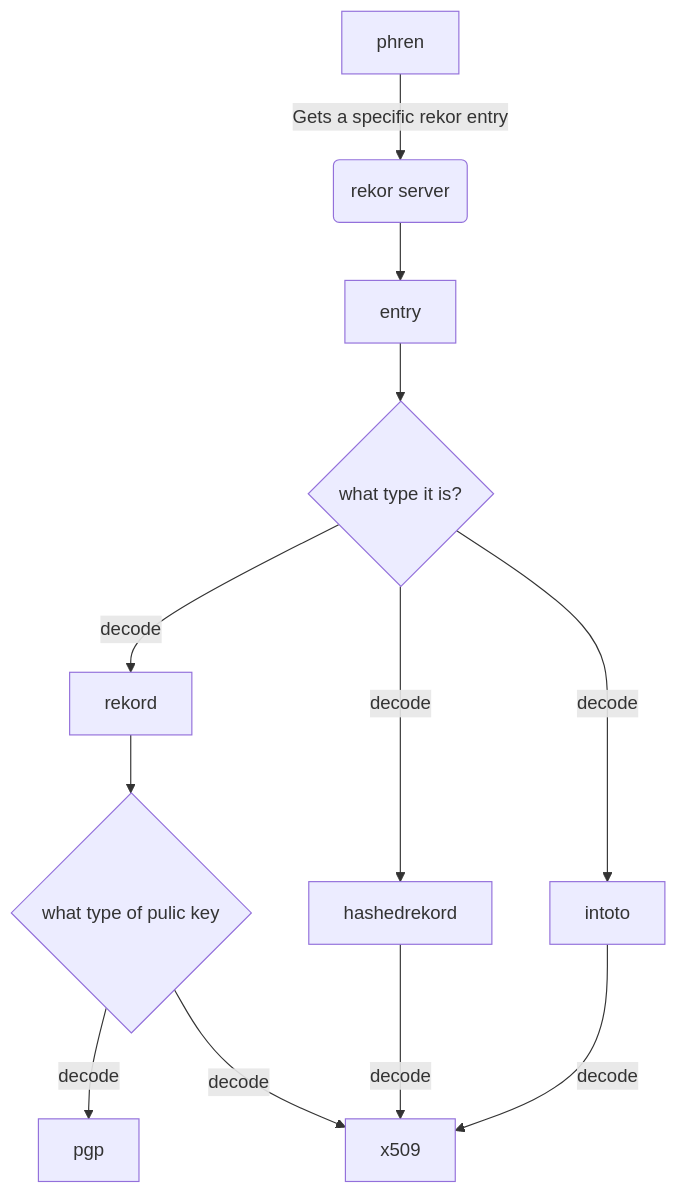
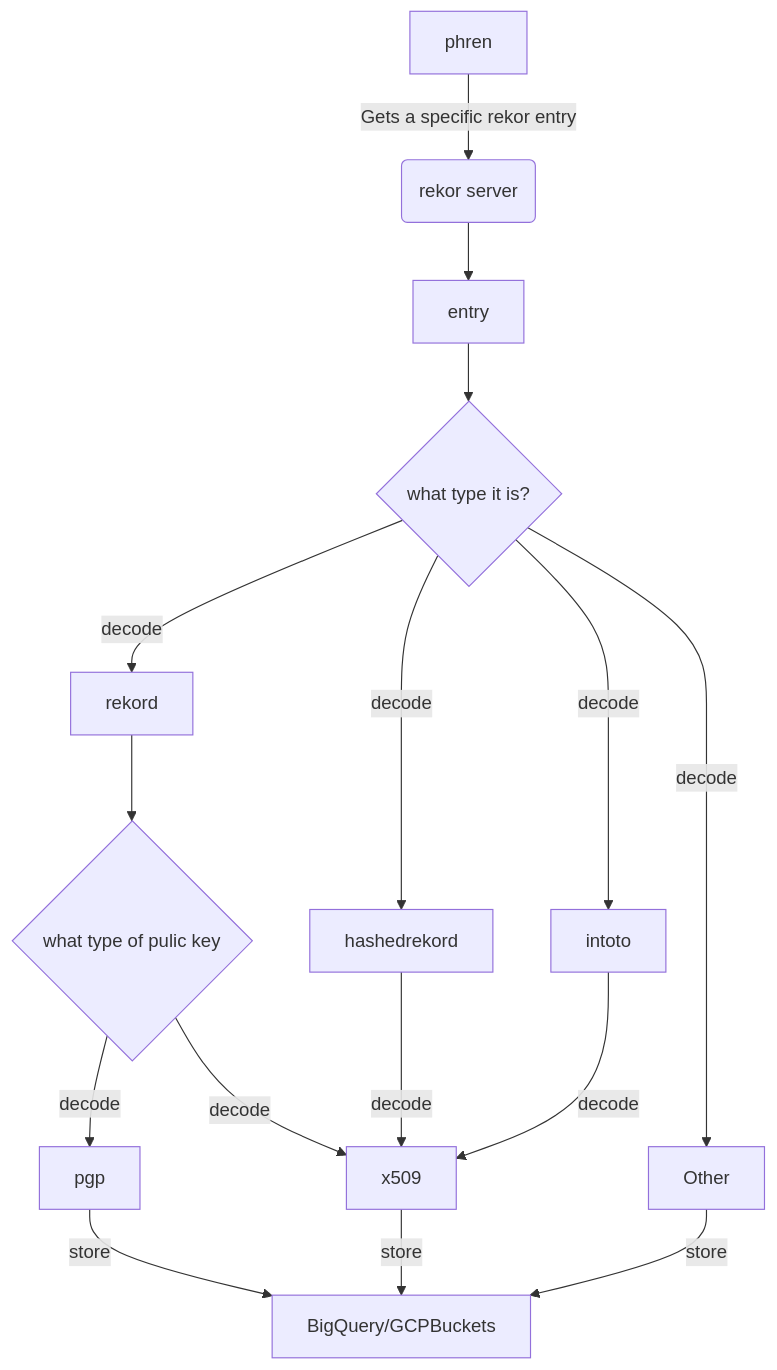
Before and after one commit to naveensrinivasan/rekor-phren: the diagram in README.md, drawn with Mermaid.

Commit message:
Updated README (#30)
<172697+naveensrinivasan@users.noreply.github.com>

````diff
--- a/README.md
+++ b/README.md
@@ -8,14 +8,19 @@
 ```mermaid
 graph TD
     A[phren] -->|Gets a specific rekor entry| B(rekor server)
     B --> K[entry]
     K --> C{what type it is?}
     C -->|decode| D[rekord]
     C -->|decode| E[hashedrekord]
     C -->|decode| F[intoto]
     D -->G{what type of pulic key}
     G -->|decode| H[pgp]
     G -->|decode| I[x509]
     E -->|decode| I[x509]
     F -->|decode| I[x509]
+    C -->|decode| J[Other]
+    J -->|store| L[BigQuery/GCPBuckets]
+    I -->|store| L[BigQuery/GCPBuckets]
+    H -->|store| L[BigQuery/GCPBuckets]
+    
 ```
````
